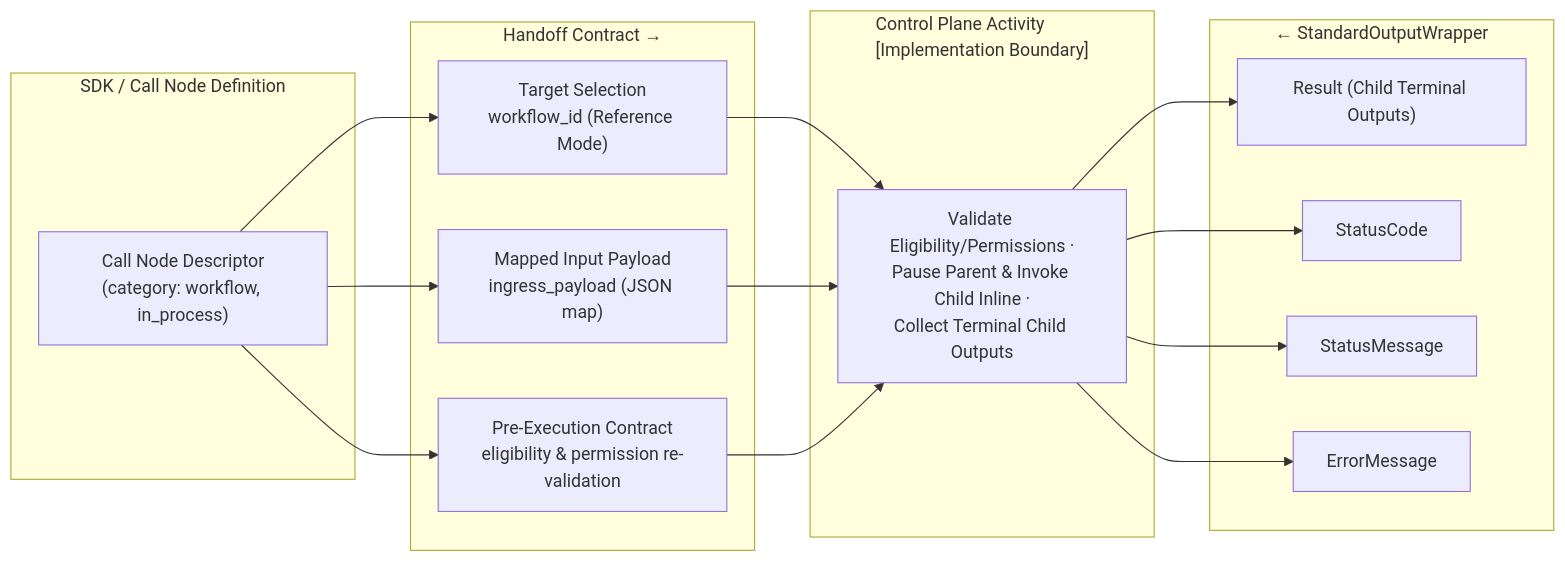
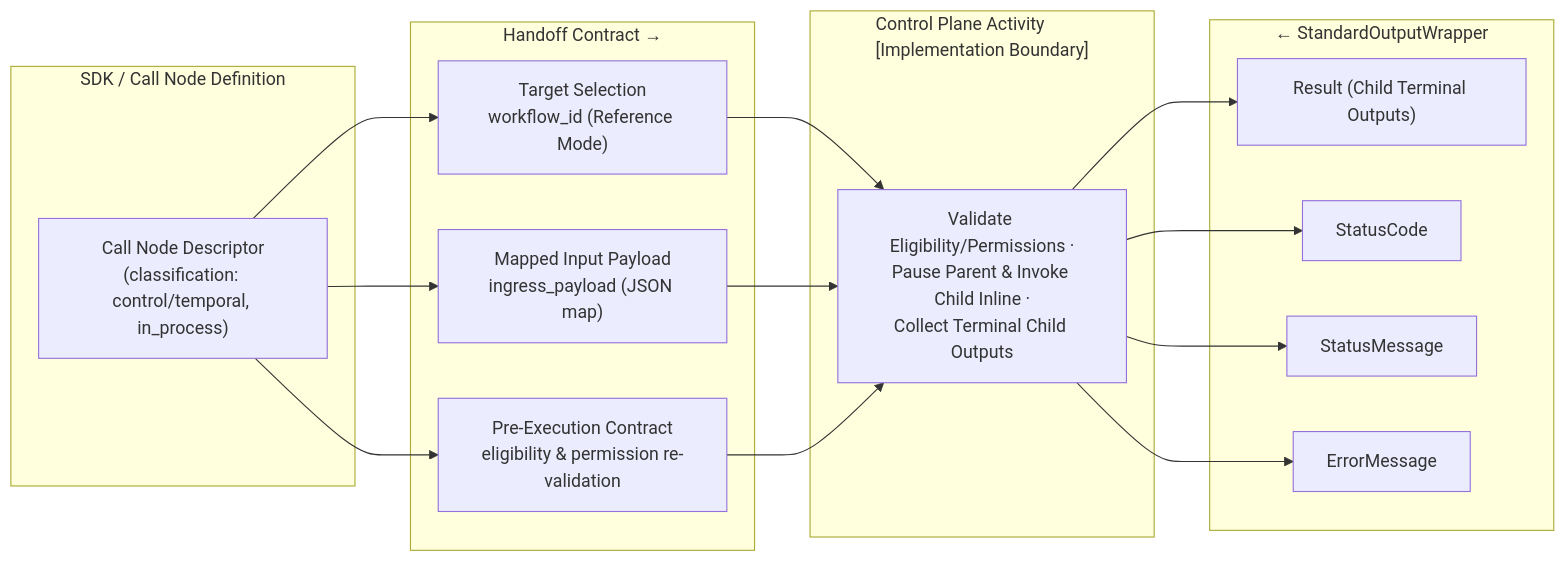
The seventh of 8 diagrams in docs/architecture.md (syntara-orchestration/syntara-node-sdk), drawn with Mermaid before and after one commit. The commit also changed other lines of this file and 68 other files, not shown here.

````diff
--- a/docs/architecture.md
+++ b/docs/architecture.md
@@ -546,31 +548,31 @@
 ```mermaid
 graph LR
     subgraph SDK["SDK / Call Node Definition"]
-        CALL_DESC["Call Node Descriptor<br />(category: workflow, in_process)"]
+        CALL_DESC["Call Node Descriptor<br />(classification: control/temporal, in_process)"]
     end
 
     subgraph HANDOFF["Handoff Contract →"]
         H1["Target Selection<br />workflow_id (Reference Mode)"]
         H2["Mapped Input Payload<br />ingress_payload (JSON map)"]
         H3["Pre-Execution Contract<br />eligibility & permission re-validation"]
     end
 
     subgraph CONTROL["Control Plane Activity<br />[Implementation Boundary]"]
         EXEC["Validate Eligibility/Permissions ·<br />Pause Parent & Invoke Child Inline ·<br />Collect Terminal Child Outputs"]
     end
 
     subgraph RETURN["← StandardOutputWrapper"]
         R1["Result (Child Terminal Outputs)"]
         R2["StatusCode"]
         R3["StatusMessage"]
         R4["ErrorMessage"]
     end
 
     CALL_DESC --> H1 --> EXEC
     CALL_DESC --> H2 --> EXEC
     CALL_DESC --> H3 --> EXEC
     EXEC --> R1
     EXEC --> R2
     EXEC --> R3
     EXEC --> R4
 ```
````
